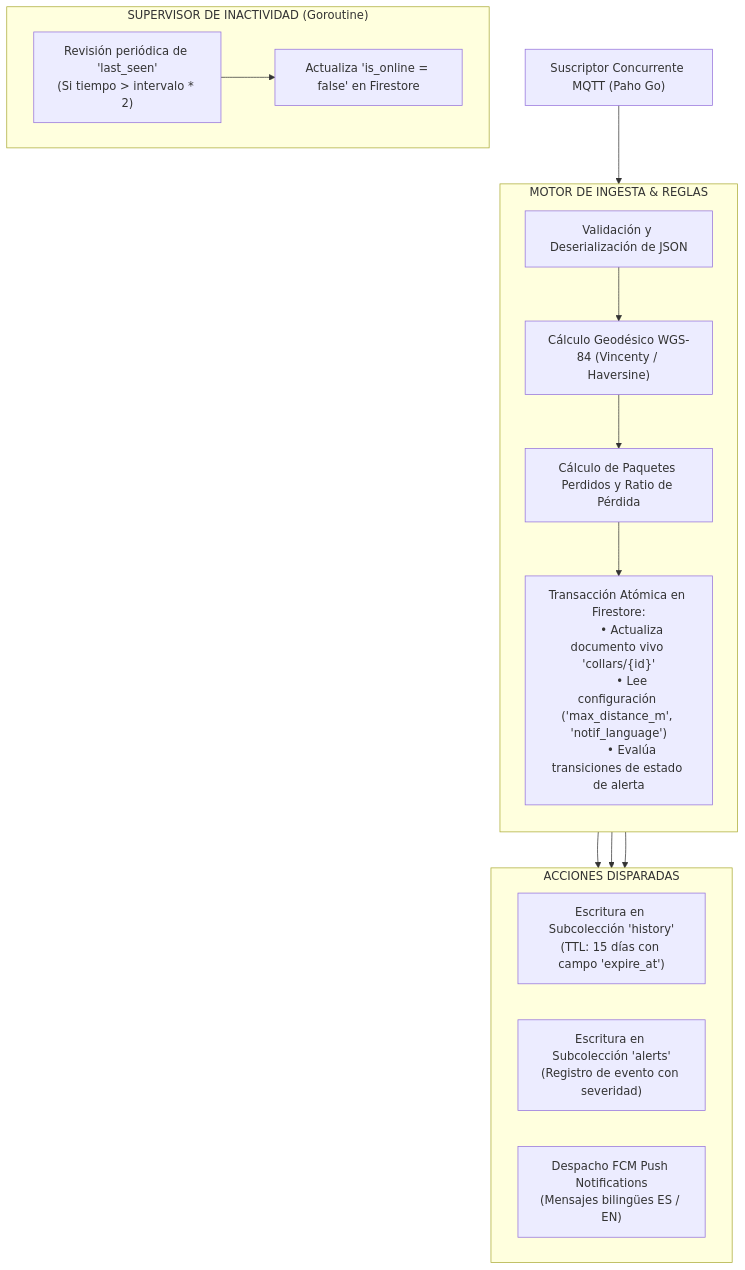
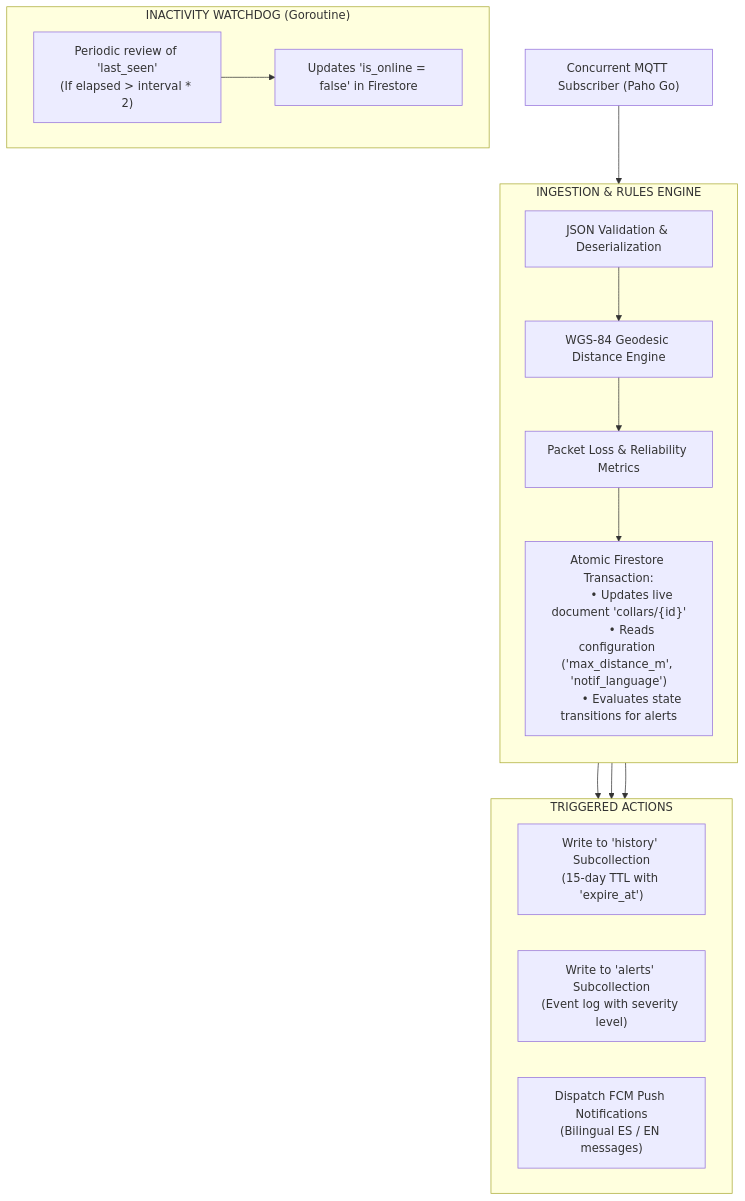
Before and after one commit to Piero16301/Michi_Link: the fourth of 4 diagrams in README.md, drawn with Mermaid. The commit also changed other lines of this file and 3 other files, not shown here.

First line of the commit message:
Document system architecture in English

````diff
--- a/README.md
+++ b/README.md
@@ -315,36 +382,36 @@
 ```mermaid
 flowchart TD
-    SUB["Suscriptor Concurrente MQTT (Paho Go)"]
+    SUB["Concurrent MQTT Subscriber (Paho Go)"]
     
-    subgraph INGEST_ENGINE ["MOTOR DE INGESTA & REGLAS"]
+    subgraph INGEST_ENGINE ["INGESTION & RULES ENGINE"]
         direction TB
-        PARSE["Validación y Deserialización de JSON"]
-        GEO["Cálculo Geodésico WGS-84 (Vincenty / Haversine)"]
-        DIFF["Cálculo de Paquetes Perdidos y Ratio de Pérdida"]
+        PARSE["JSON Validation & Deserialization"]
+        GEO["WGS-84 Geodesic Distance Engine"]
+        DIFF["Packet Loss & Reliability Metrics"]
         
-        TX["Transacción Atómica en Firestore:
-        • Actualiza documento vivo 'collars/{id}'
-        • Lee configuración ('max_distance_m', 'notif_language')
-        • Evalúa transiciones de estado de alerta"]
+        TX["Atomic Firestore Transaction:
+        • Updates live document 'collars/{id}'
+        • Reads configuration ('max_distance_m', 'notif_language')
+        • Evaluates state transitions for alerts"]
         
         PARSE --> GEO --> DIFF --> TX
     end
 
-    subgraph ACTIONS ["ACCIONES DISPARADAS"]
+    subgraph ACTIONS ["TRIGGERED ACTIONS"]
         direction LR
-        HIST["Escritura en Subcolección 'history'\n(TTL: 15 días con campo 'expire_at')"]
-        ALERTS["Escritura en Subcolección 'alerts'\n(Registro de evento con severidad)"]
-        PUSH["Despacho FCM Push Notifications\n(Mensajes bilingües ES / EN)"]
+        HIST["Write to 'history' Subcollection\n(15-day TTL with 'expire_at')"]
+        ALERTS["Write to 'alerts' Subcollection\n(Event log with severity level)"]
+        PUSH["Dispatch FCM Push Notifications\n(Bilingual ES / EN messages)"]
     end
 
-    subgraph WATCHDOG ["SUPERVISOR DE INACTIVIDAD (Goroutine)"]
-        WD_CHECK["Revisión periódica de 'last_seen'\n(Si tiempo > intervalo * 2)"]
-        WD_OFF["Actualiza 'is_online = false' en Firestore"]
+    subgraph WATCHDOG ["INACTIVITY WATCHDOG (Goroutine)"]
+        WD_CHECK["Periodic review of 'last_seen'\n(If elapsed > interval * 2)"]
+        WD_OFF["Updates 'is_online = false' in Firestore"]
         WD_CHECK --> WD_OFF
     end
 
     SUB --> INGEST_ENGINE
     TX --> HIST
     TX --> ALERTS
     TX --> PUSH
 ```
````
